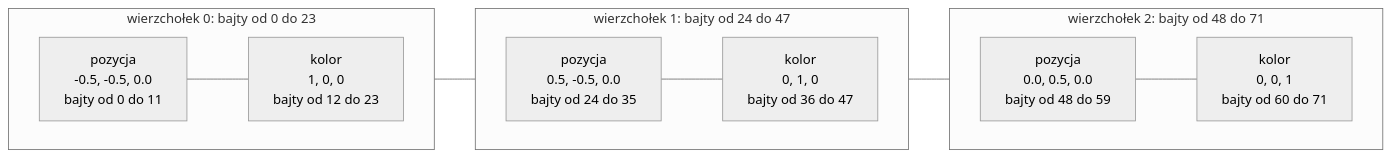
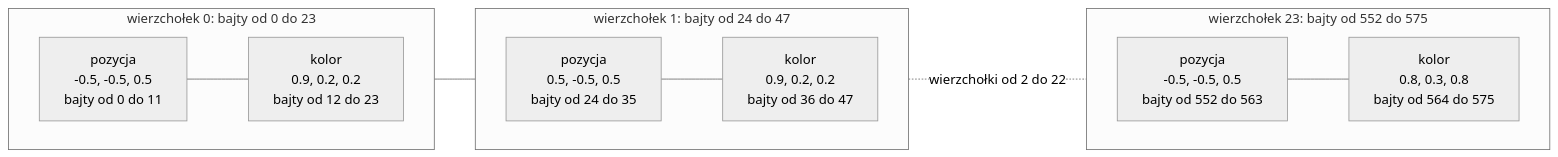
One commit to Shironex/night-maze changed the fourth of 4 diagrams in docs/modules/gfx/buffers-vao.md. Above: the diagram before and after it, drawn with Mermaid (neutral theme). The commit also changed other lines of this file and 27 other files, not shown here.

````diff
--- a/docs/modules/gfx/buffers-vao.md
+++ b/docs/modules/gfx/buffers-vao.md
@@ -599,16 +675,16 @@
 ```mermaid
 flowchart LR
     subgraph V0["wierzchołek 0: bajty od 0 do 23"]
         direction LR
-        P0["pozycja<br/>-0.5, -0.5, 0.0<br/>bajty od 0 do 11"] --- C0["kolor<br/>1, 0, 0<br/>bajty od 12 do 23"]
+        P0["pozycja<br/>-0.5, -0.5, 0.5<br/>bajty od 0 do 11"] --- C0["kolor<br/>0.9, 0.2, 0.2<br/>bajty od 12 do 23"]
     end
     subgraph V1["wierzchołek 1: bajty od 24 do 47"]
         direction LR
-        P1["pozycja<br/>0.5, -0.5, 0.0<br/>bajty od 24 do 35"] --- C1["kolor<br/>0, 1, 0<br/>bajty od 36 do 47"]
+        P1["pozycja<br/>0.5, -0.5, 0.5<br/>bajty od 24 do 35"] --- C1["kolor<br/>0.9, 0.2, 0.2<br/>bajty od 36 do 47"]
     end
-    subgraph V2["wierzchołek 2: bajty od 48 do 71"]
+    subgraph V23["wierzchołek 23: bajty od 552 do 575"]
         direction LR
-        P2["pozycja<br/>0.0, 0.5, 0.0<br/>bajty od 48 do 59"] --- C2["kolor<br/>0, 0, 1<br/>bajty od 60 do 71"]
+        P23["pozycja<br/>-0.5, -0.5, 0.5<br/>bajty od 552 do 563"] --- C23["kolor<br/>0.8, 0.3, 0.8<br/>bajty od 564 do 575"]
     end
-    V0 --- V1 --- V2
+    V0 --- V1 -. "wierzchołki od 2 do 22" .- V23
 ```
````
